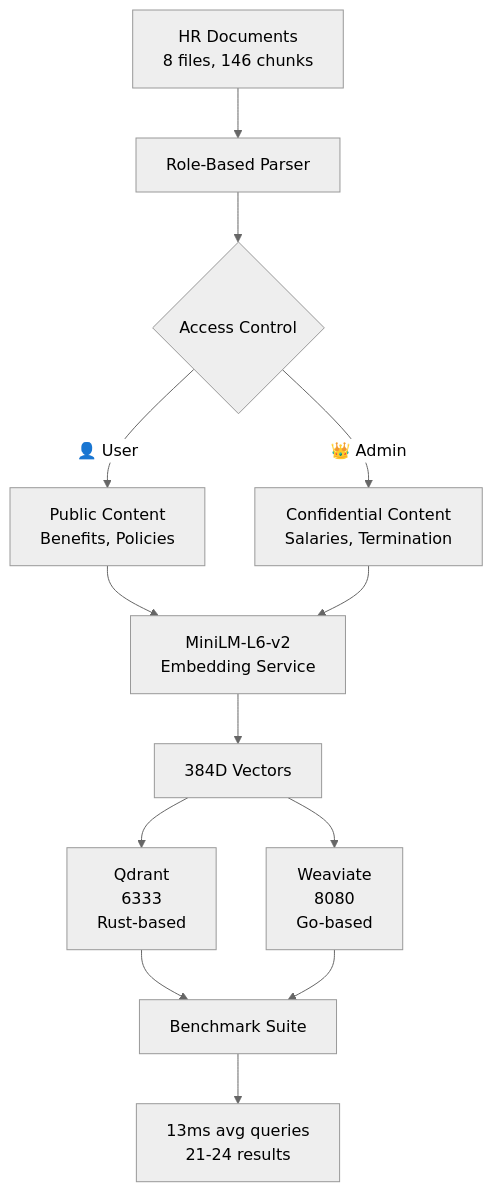
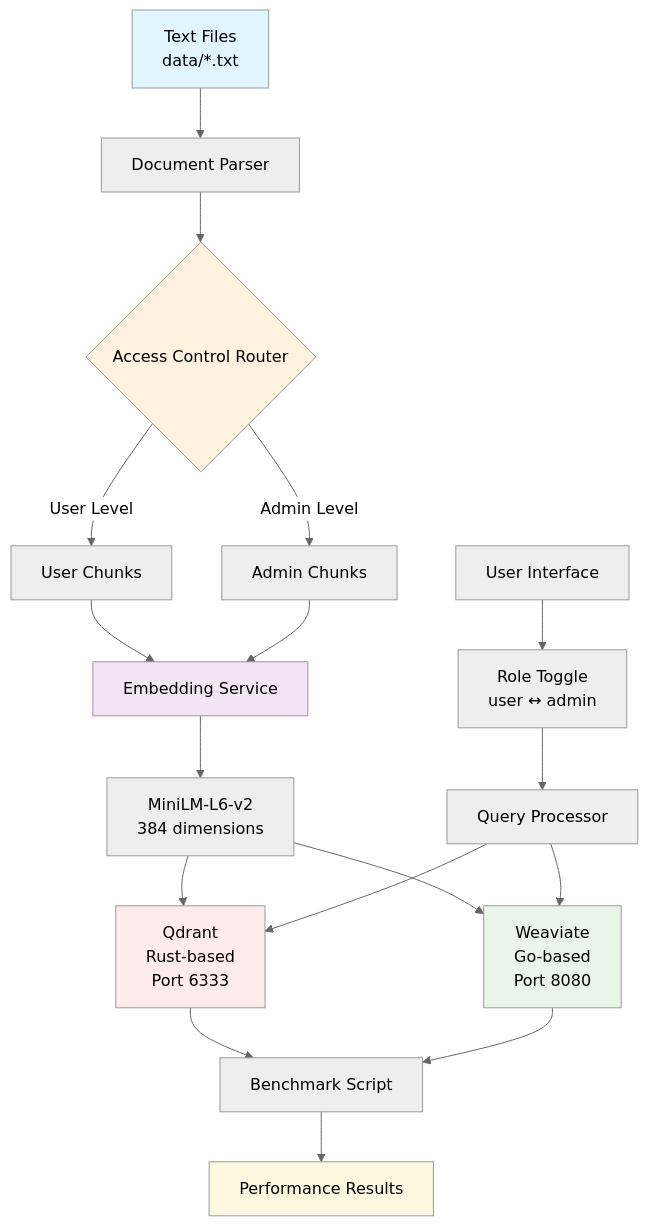
The first of 2 diagrams in README.md (Risad-Raihan/multiple-vectordb-testing), drawn with Mermaid (neutral theme) before and after one commit. The commit also changed other lines of this file, not shown here.

Commit message:
Enhanced Architecture Section - Added comprehensive flowcharts and component diagrams with role-based access control visualization

````diff
--- a/README.md
+++ b/README.md
@@ -90,18 +92,30 @@
 ```mermaid
 graph TB
-    A[HR Documents<br/>8 files, 146 chunks] --> B[Role-Based Parser]
-    B --> C{Access Control}
-    C -->|👤 User| D[Public Content<br/>Benefits, Policies]
-    C -->|👑 Admin| E[Confidential Content<br/>Salaries, Termination]
+    A[Text Files<br/>data/*.txt] --> B[Document Parser]
+    B --> C{Access Control Router}
+    C -->|User Level| D[User Chunks]
+    C -->|Admin Level| E[Admin Chunks]
     
-    D --> F[MiniLM-L6-v2<br/>Embedding Service]
+    D --> F[Embedding Service]
     E --> F
-    F --> G[384D Vectors]
+    F --> G[MiniLM-L6-v2<br/>384 dimensions]
     
-    G --> H[Qdrant<br/>6333<br/>Rust-based]
-    G --> I[Weaviate<br/>8080<br/>Go-based]
+    G --> H[Qdrant<br/>Rust-based<br/>Port 6333]
+    G --> I[Weaviate<br/>Go-based<br/>Port 8080]
     
-    H --> J[Benchmark Suite]
+    H --> J[Benchmark Script]
     I --> J
-    J --> K[13ms avg queries<br/>21-24 results]
+    J --> K[Performance Results]
+    
+    L[User Interface] --> M[Role Toggle<br/>user ↔ admin]
+    M --> N[Query Processor]
+    N --> H
+    N --> I
+    
+    style A fill:#e1f5fe
+    style C fill:#fff3e0
+    style F fill:#f3e5f5
+    style H fill:#ffebee
+    style I fill:#e8f5e8
+    style K fill:#fff8e1
 ```
````
